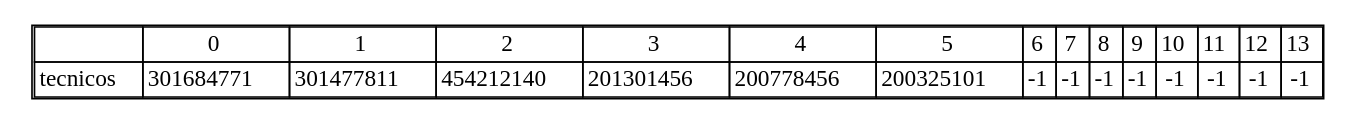
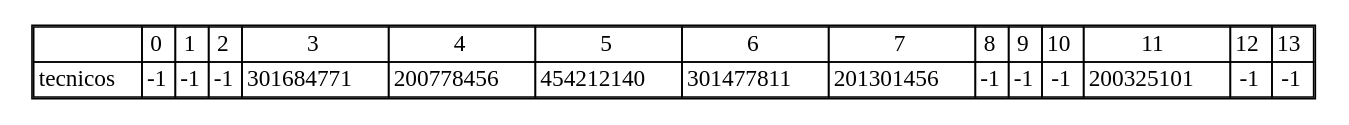
One commit to nxz7/EDD_PROYECTO-_202200007 changed the diagram in FASE3/tabla_hash.dot. Above: the diagram before and after it, drawn with Graphviz. The commit also changed 24 other files, not shown here.

```diff
--- a/FASE3/tabla_hash.dot
+++ b/FASE3/tabla_hash.dot
@@ -1,41 +1,41 @@
-digraph HashTable {
+digraph {
   node [shape=plaintext];
   hash_table [label=<
     <TABLE BORDER="1" CELLBORDER="1" CELLSPACING="0">
       <TR>
         <TD></TD>
         <TD>0</TD>
         <TD>1</TD>
         <TD>2</TD>
         <TD>3</TD>
         <TD>4</TD>
         <TD>5</TD>
         <TD>6</TD>
         <TD>7</TD>
         <TD>8</TD>
         <TD>9</TD>
         <TD>10</TD>
         <TD>11</TD>
         <TD>12</TD>
         <TD>13</TD>
       </TR>
       <TR>
         <TD>tecnicos</TD>
-        <TD>301684771</TD>
-        <TD>301477811</TD>
-        <TD>454212140</TD>
-        <TD>201301456</TD>
-        <TD>200778456</TD>
-        <TD>200325101</TD>
         <TD>-1</TD>
         <TD>-1</TD>
         <TD>-1</TD>
+        <TD>301684771</TD>
+        <TD>200778456</TD>
+        <TD>454212140</TD>
+        <TD>301477811</TD>
+        <TD>201301456</TD>
         <TD>-1</TD>
         <TD>-1</TD>
         <TD>-1</TD>
+        <TD>200325101</TD>
         <TD>-1</TD>
         <TD>-1</TD>
       </TR>
     </TABLE>
   >];
 }
```
